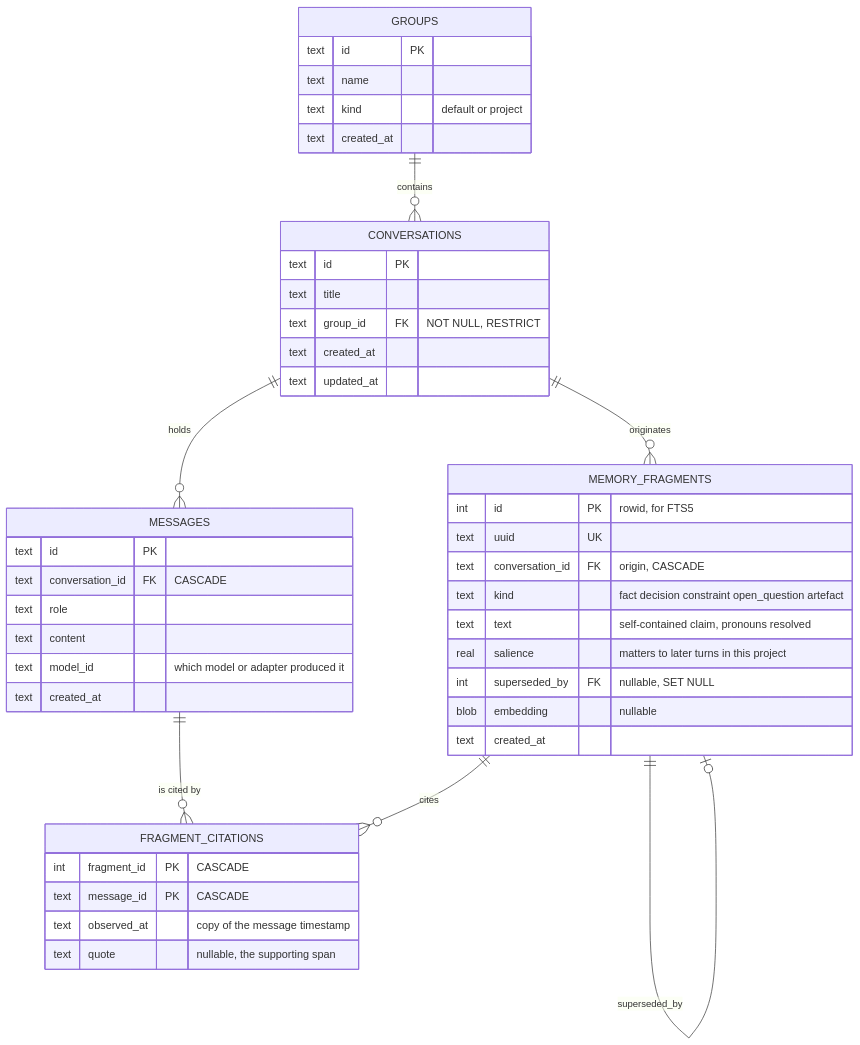
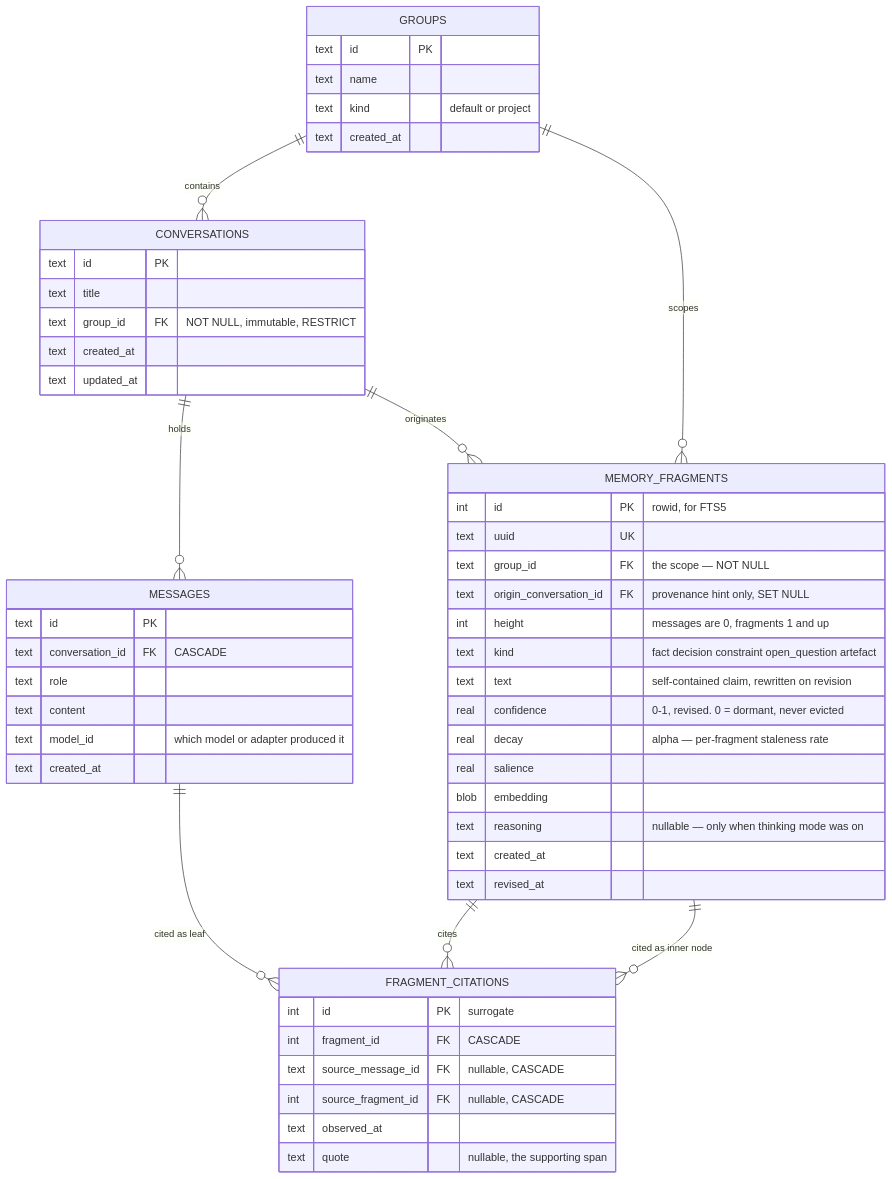
One commit to Alorcus/agent_project changed the first of 10 diagrams in docs/plans/memory-and-groups.md. Above: the diagram before and after it, drawn with Mermaid. The commit also changed other lines of this file, not shown here.

Commit message:
v4 memory and groups

````diff
--- a/docs/plans/memory-and-groups.md
+++ b/docs/plans/memory-and-groups.md
@@ -52,48 +52,56 @@
 ```mermaid
 erDiagram
     GROUPS ||--o{ CONVERSATIONS : contains
     CONVERSATIONS ||--o{ MESSAGES : holds
     CONVERSATIONS ||--o{ MEMORY_FRAGMENTS : originates
+    GROUPS ||--o{ MEMORY_FRAGMENTS : scopes
     MEMORY_FRAGMENTS ||--o{ FRAGMENT_CITATIONS : cites
-    MESSAGES ||--o{ FRAGMENT_CITATIONS : "is cited by"
-    MEMORY_FRAGMENTS ||--o| MEMORY_FRAGMENTS : superseded_by
+    MESSAGES ||--o{ FRAGMENT_CITATIONS : "cited as leaf"
+    MEMORY_FRAGMENTS ||--o{ FRAGMENT_CITATIONS : "cited as inner node"
 
     GROUPS {
         text id PK
         text name
         text kind "default or project"
         text created_at
     }
     CONVERSATIONS {
         text id PK
         text title
-        text group_id FK "NOT NULL, RESTRICT"
+        text group_id FK "NOT NULL, immutable, RESTRICT"
         text created_at
         text updated_at
     }
     MESSAGES {
         text id PK
         text conversation_id FK "CASCADE"
         text role
         text content
         text model_id "which model or adapter produced it"
         text created_at
     }
     MEMORY_FRAGMENTS {
         int id PK "rowid, for FTS5"
         text uuid UK
-        text conversation_id FK "origin, CASCADE"
+        text group_id FK "the scope — NOT NULL"
+        text origin_conversation_id FK "provenance hint only, SET NULL"
+        int height "messages are 0, fragments 1 and up"
         text kind "fact decision constraint open_question artefact"
-        text text "self-contained claim, pronouns resolved"
-        real salience "matters to later turns in this project"
-        int superseded_by FK "nullable, SET NULL"
-        blob embedding "nullable"
+        text text "self-contained claim, rewritten on revision"
+        real confidence "0-1, revised. 0 = dormant, never evicted"
+        real decay "alpha — per-fragment staleness rate"
+        real salience
+        blob embedding
+        text reasoning "nullable — only when thinking mode was on"
         text created_at
+        text revised_at
     }
     FRAGMENT_CITATIONS {
-        int fragment_id PK "CASCADE"
-        text message_id PK "CASCADE"
-        text observed_at "copy of the message timestamp"
+        int id PK "surrogate"
+        int fragment_id FK "CASCADE"
+        text source_message_id FK "nullable, CASCADE"
+        int source_fragment_id FK "nullable, CASCADE"
+        text observed_at
         text quote "nullable, the supporting span"
     }
 ```
````
